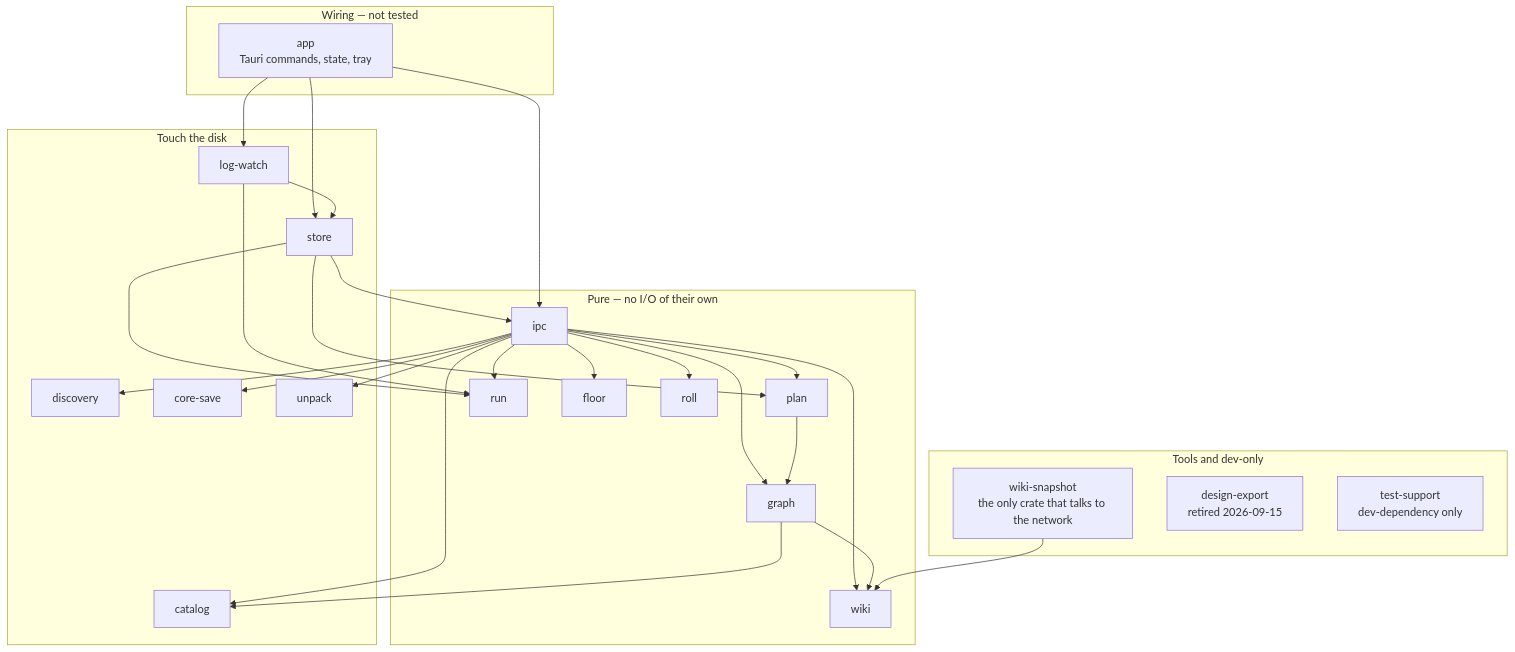
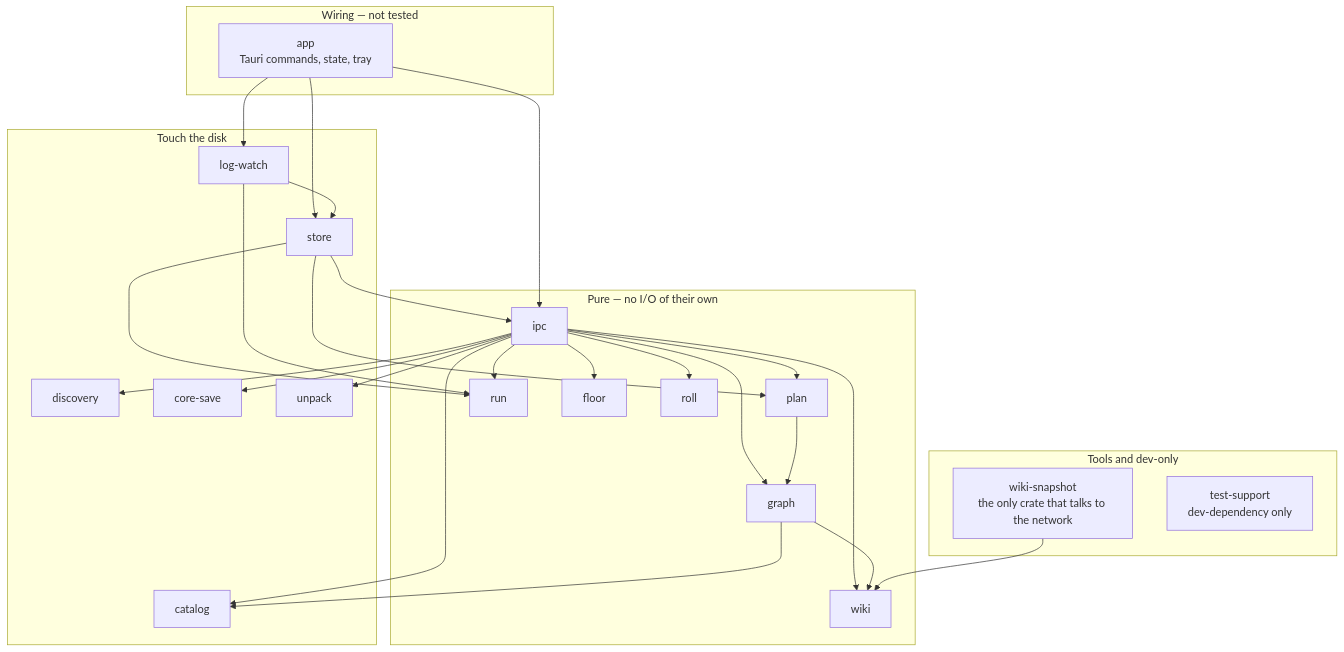
Before and after one commit to DomenghiniStefano/isaac-dome: the second of 4 diagrams in docs/architecture.md, drawn with Mermaid. The commit also changed other lines of this file and 51 other files, not shown here.

````diff
--- a/docs/architecture.md
+++ b/docs/architecture.md
@@ -142,59 +142,58 @@
 ```mermaid
 flowchart TD
   subgraph wiring["Wiring — not tested"]
     app["app<br/>Tauri commands, state, tray"]
   end
 
   subgraph io["Touch the disk"]
     discovery["discovery"]
     coresave["core-save"]
     unpack["unpack"]
     catalog["catalog"]
     logwatch["log-watch"]
     store["store"]
   end
 
   subgraph purecrates["Pure — no I/O of their own"]
     ipc["ipc"]
     graphc["graph"]
     plan["plan"]
     runc["run"]
     floor["floor"]
     wiki["wiki"]
     rollc["roll"]
   end
 
   subgraph aside["Tools and dev-only"]
     wikisnap["wiki-snapshot<br/>the only crate that talks to the network"]
-    designexport["design-export<br/>retired 2026-09-15"]
     testsupport["test-support<br/>dev-dependency only"]
   end
 
   app --> ipc
   app --> store
   app --> logwatch
 
   ipc --> discovery
   ipc --> coresave
   ipc --> unpack
   ipc --> catalog
   ipc --> runc
   ipc --> graphc
   ipc --> plan
   ipc --> floor
   ipc --> wiki
   ipc --> rollc
 
   store --> ipc
   store --> runc
   store --> plan
 
   logwatch --> runc
   logwatch --> store
 
   graphc --> catalog
   graphc --> wiki
   plan --> graphc
 
   wikisnap --> wiki
 ```
````
